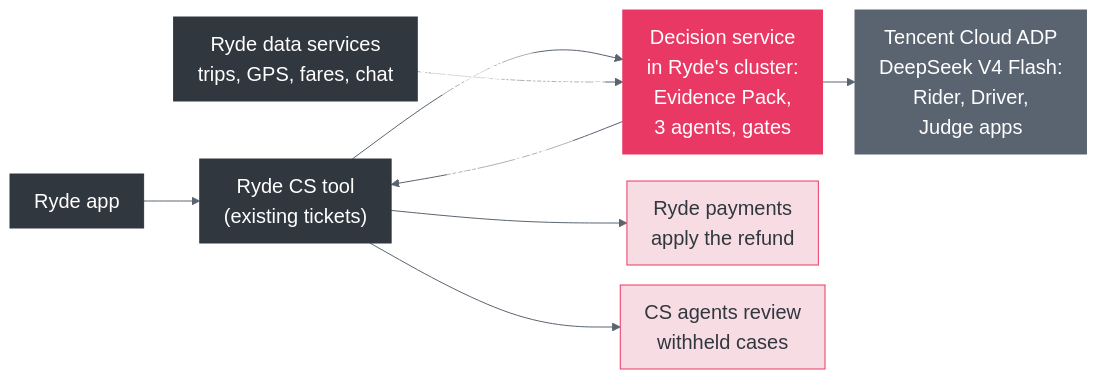
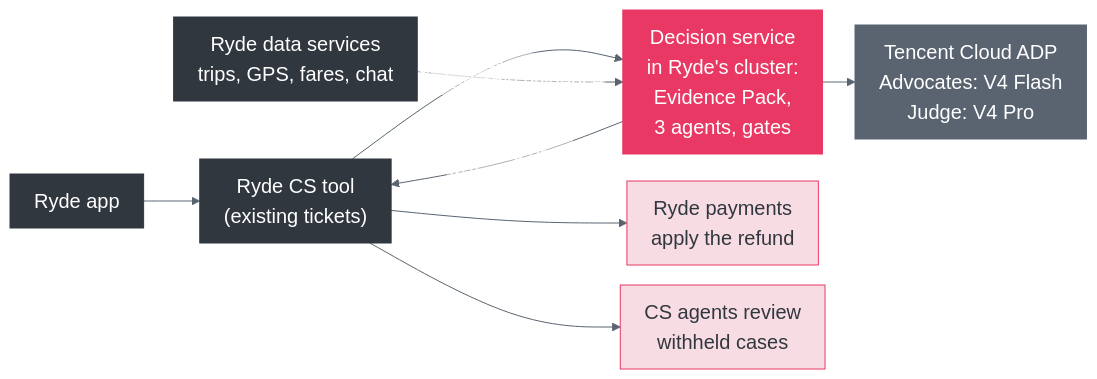
One commit to hermicaduceus/ryde-dispute-resolution-submission changed the diagram in tools/deployment/deploy-architecture.mmd. Above: the diagram before and after it, drawn with Mermaid. The commit also changed 5 other files, not shown here.

```diff
--- a/tools/deployment/deploy-architecture.mmd
+++ b/tools/deployment/deploy-architecture.mmd
@@ -1,17 +1,17 @@
 %%{init: {"themeCSS": ".edgeLabel, .edgeLabel *, .edgeLabel text, .label text, span.edgeLabel { fill: #31373E !important; color: #31373E !important; font-family: Arial, Helvetica, sans-serif !important; font-size: 20px; } .node text, .node .label, .nodeLabel, .node foreignObject div { font-family: Arial, Helvetica, sans-serif !important; font-size: 20px; } .edgeLabel rect, .labelBkg, .edgeLabel .label rect, g.edgeLabel rect { fill: #FFFFFF !important; stroke: none !important; opacity: 1; }", "theme": "base", "themeVariables": {"fontFamily": "Arial, Helvetica, sans-serif", "fontSize": "20px", "primaryColor": "#31373E", "primaryTextColor": "#FFFFFF", "primaryBorderColor": "#31373E", "textColor": "#31373E", "lineColor": "#5A6470", "secondaryColor": "#F7DDE3", "tertiaryColor": "#FFFFFF", "edgeLabelBackground": "#FFFFFF"}, "flowchart": {"htmlLabels": false, "curve": "basis", "nodeSpacing": 20, "rankSpacing": 30, "wrappingWidth": 300, "padding": 12}}}%%
 flowchart LR
   APP["Ryde app"] --> CS["Ryde CS tool<br/>(existing tickets)"]
   CS -- "dispute event" --> SVC["Decision service<br/>in Ryde's cluster:<br/>Evidence Pack,<br/>3 agents, gates"]
   DATA["Ryde data services<br/>trips, GPS, fares, chat"] -- "read-only evidence" --> SVC
-  SVC --> ADP["Tencent Cloud ADP<br/>DeepSeek V4 Flash:<br/>Rider, Driver,<br/>Judge apps"]
+  SVC --> ADP["Tencent Cloud ADP<br/>Advocates: V4 Flash<br/>Judge: V4 Pro"]
   SVC -- "ruling or<br/>withheld case" --> CS
   CS --> PAY["Ryde payments<br/>apply the refund"]
   CS --> REV["CS agents review<br/>withheld cases"]
   classDef ryde fill:#31373E,stroke:#31373E,color:#FFFFFF;
   classDef core fill:#E93864,stroke:#E93864,color:#FFFFFF;
   classDef tencent fill:#5A6470,stroke:#5A6470,color:#FFFFFF;
   classDef data fill:#F7DDE3,stroke:#E93864,color:#31373E;
   class APP,CS,DATA ryde;
   class SVC core;
   class ADP tencent;
   class PAY,REV data;
```
